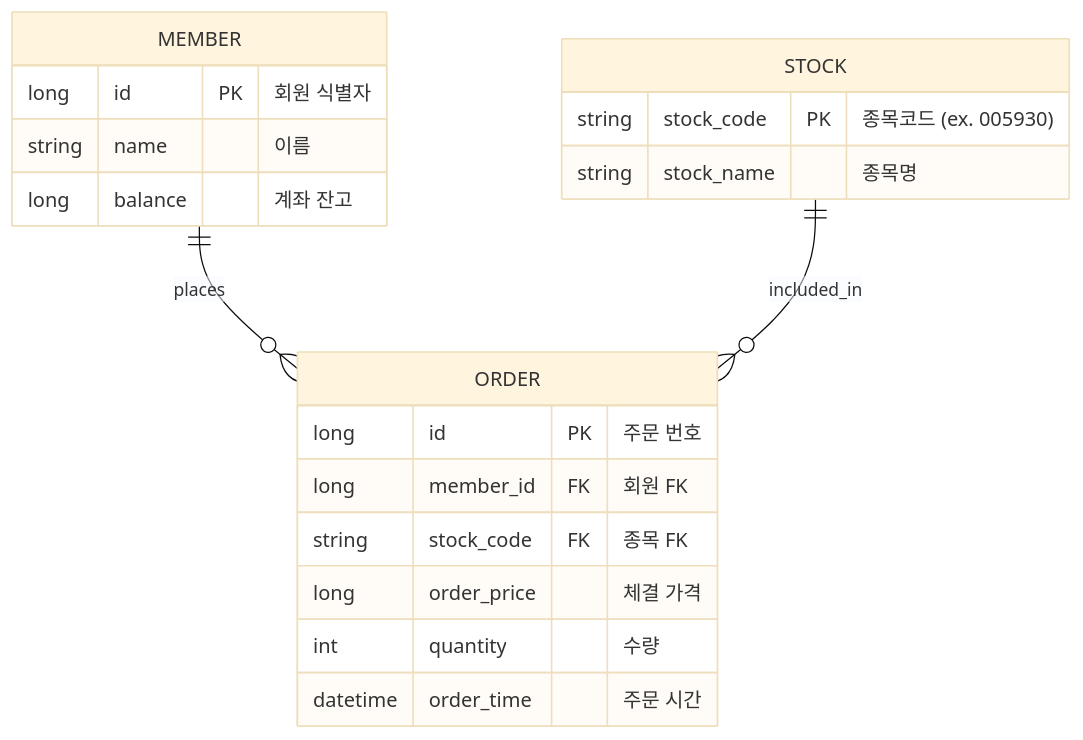
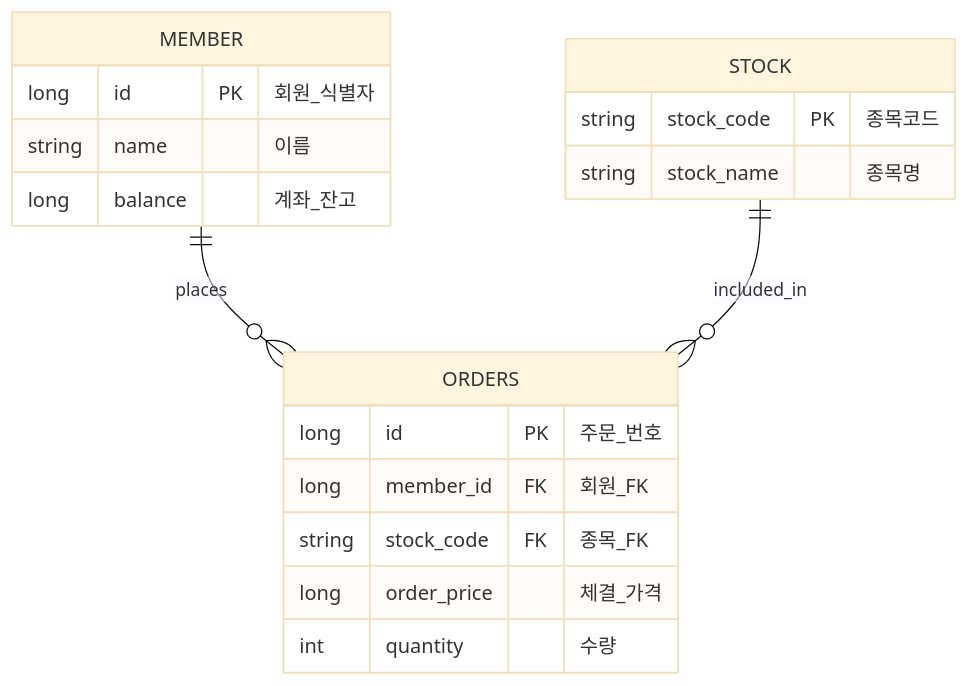
The second of 2 diagrams in README.md (Yoosang/stock-event-driven-simulator), drawn with Mermaid (base theme) before and after one commit. The commit also changed other lines of this file, not shown here.

````diff
--- a/README.md
+++ b/README.md
@@ -37,25 +54,24 @@
 ```mermaid
 erDiagram
-    MEMBER ||--o{ ORDER : "places"
-    STOCK ||--o{ ORDER : "included_in"
+    MEMBER ||--o{ ORDERS : "places"
+    STOCK ||--o{ ORDERS : "included_in"
 
     MEMBER {
-        long id PK "회원 식별자"
+        long id PK "회원_식별자"
         string name "이름"
-        long balance "계좌 잔고"
+        long balance "계좌_잔고"
     }
 
     STOCK {
-        string stock_code PK "종목코드 (ex. 005930)"
+        string stock_code PK "종목코드"
         string stock_name "종목명"
     }
 
-    ORDER {
-        long id PK "주문 번호"
-        long member_id FK "회원 FK"
-        string stock_code FK "종목 FK"
-        long order_price "체결 가격"
+    ORDERS {
+        long id PK "주문_번호"
+        long member_id FK "회원_FK"
+        string stock_code FK "종목_FK"
+        long order_price "체결_가격"
         int quantity "수량"
-        datetime order_time "주문 시간"
     }
 ```
````
